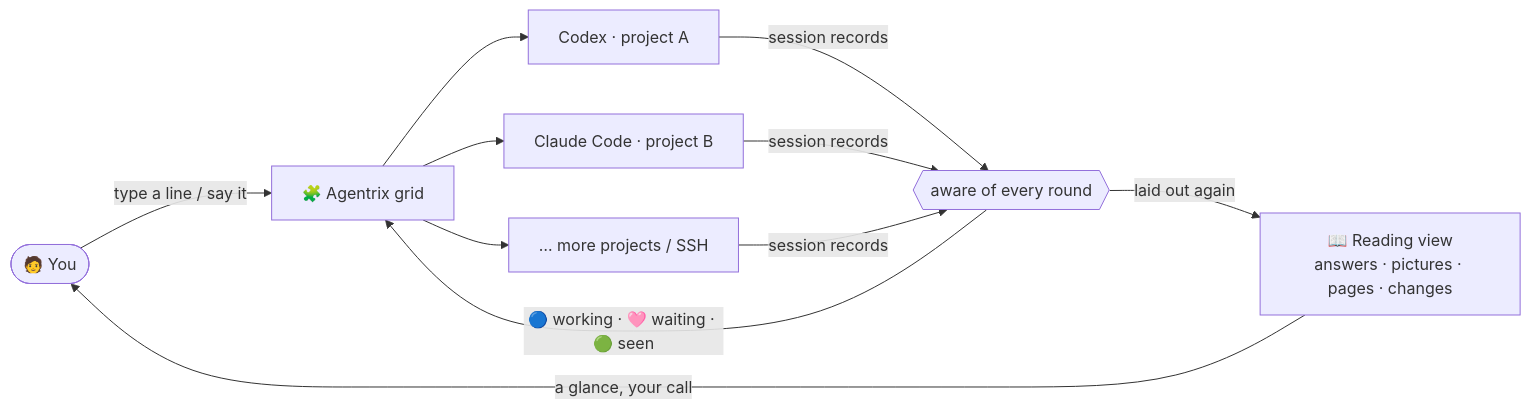
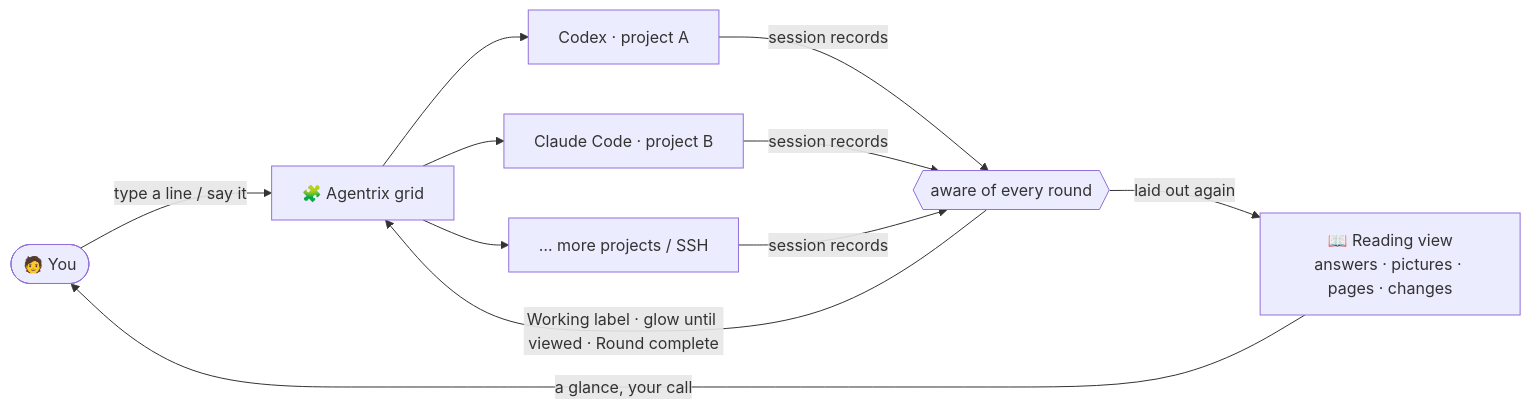
One commit to noeigenstate/Agentrix changed the diagram in README.en.md. Above: the diagram before and after it, drawn with Mermaid. The commit also changed other lines of this file and 7 other files, not shown here.

````diff
--- a/README.en.md
+++ b/README.en.md
@@ -62,11 +62,11 @@
 ```mermaid
 flowchart LR
   you(["🧑 You"]) -->|"type a line / say it"| grid["🧩 Agentrix grid"]
   grid --> a1["Codex · project A"]
   grid --> a2["Claude Code · project B"]
   grid --> a3["… more projects / SSH"]
   a1 & a2 & a3 -->|"session records"| sense{{"aware of every round"}}
-  sense -->|"🔵 working · 🩷 waiting · 🟢 seen"| grid
+  sense -->|"Working label · glow until viewed · Round complete"| grid
   sense -->|"laid out again"| read["📖 Reading view<br/>answers · pictures · pages · changes"]
   read -->|"a glance, your call"| you
 ```
````
